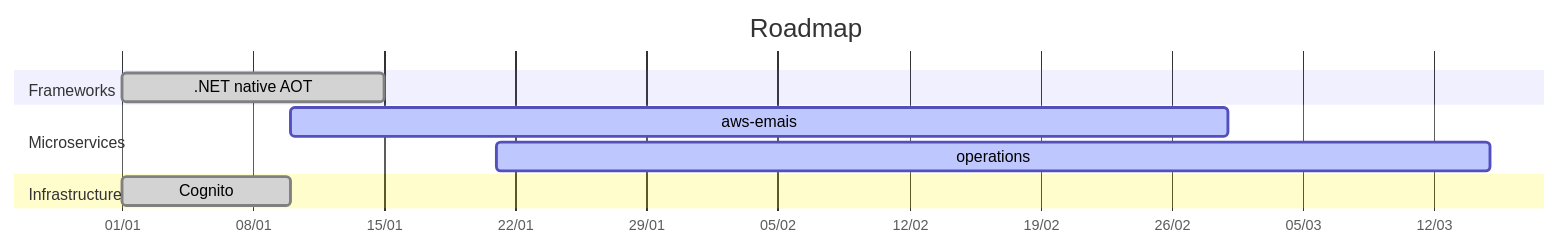
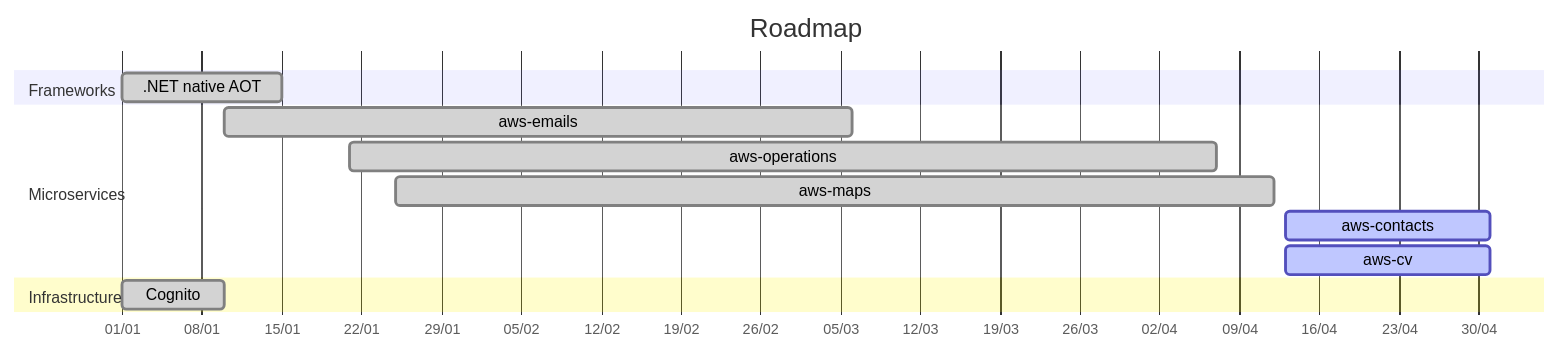
Before and after one commit to amilochau/.github: the first of 2 diagrams in docs/roadmap.md, drawn with Mermaid. The commit also changed other lines of this file, not shown here.

Commit message:
Improve roadmap

````diff
--- a/docs/roadmap.md
+++ b/docs/roadmap.md
@@ -9,16 +9,19 @@
 ```mermaid
 gantt
   title Roadmap
   dateFormat YYYY-MM-DD
   axisFormat %d/%m
 
   section Frameworks
   .NET native AOT : done,       aot,        2023-01-01,               2023-01-15
 
   section Microservices
-  aws-emais       : active,     emails,     2023-01-10,               2023-03-01
-  operations      : active,     operations, 2023-01-21,               2023-03-15
+  aws-emails      : done,       emails,     2023-01-10,               2023-03-06
+  aws-operations  : done,       operations, 2023-01-21,               2023-04-07
+  aws-maps        : done,       maps,       2023-01-25,               2023-04-12
+  aws-contacts    : active,     contacts,   2023-04-13,               2023-05-01
+  aws-cv          : active,     cv,         2023-04-13,               2023-05-01
 
   section Infrastructure
-  Cognito         : done,       cognito     2023-01-01,               2023-01-10
+  Cognito         : done,       cognito,    2023-01-01,               2023-01-10
 ```
````
